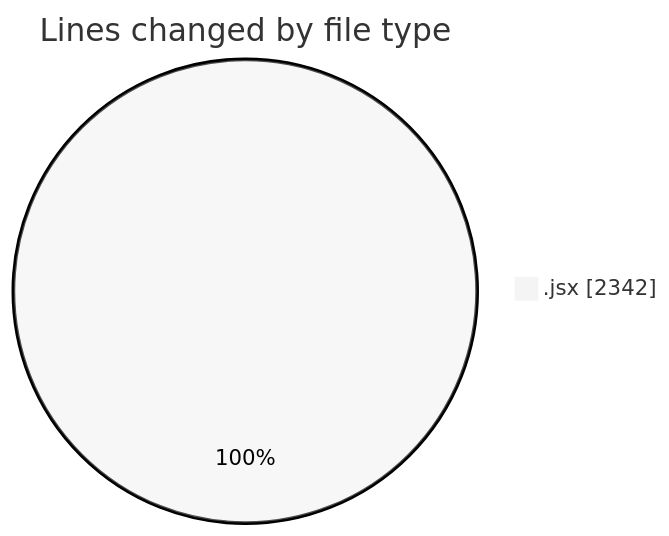
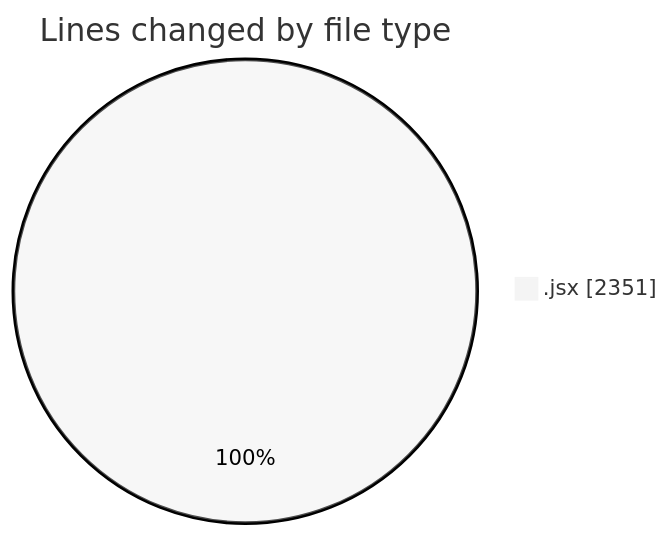
The first of 2 diagrams in 2025-05-23/nxtqube_webapp/README.md (nxtqubesakshisongat/code-tracking), drawn with Mermaid (neutral theme) before and after one commit. The commit also changed other lines of this file and 1 other file, not shown here.

````diff
--- a/2025-05-23/nxtqube_webapp/README.md
+++ b/2025-05-23/nxtqube_webapp/README.md
@@ -21,5 +21,5 @@
 ```mermaid
 pie showData
 title Lines changed by file type
-".jsx" : 2342
+".jsx" : 2351
 ```
````
